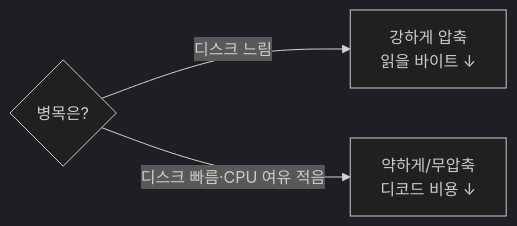
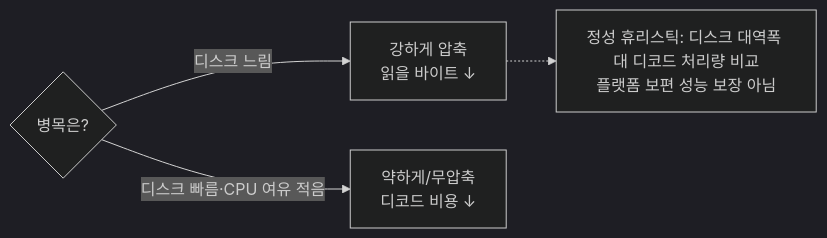
One commit to Rein-ArXiv/game-dev-curriculum changed the fifth of 5 diagrams in engine/part05_resource.md. Above: the diagram before and after it, drawn with Mermaid (dark theme). The commit also changed other lines of this file and 279 other files, not shown here.

````diff
--- a/engine/part05_resource.md
+++ b/engine/part05_resource.md
@@ -505,5 +536,5 @@
 ```mermaid
 flowchart LR
-    A{병목은?} -->|디스크 느림| B[강하게 압축<br/>읽을 바이트 ↓]
+    A{병목은?} -->|디스크 느림| B[강하게 압축<br/>읽을 바이트 ↓]; B -.-> CompNote[정성 휴리스틱: 디스크 대역폭 대 디코드 처리량 비교<br/>플랫폼 보편 성능 보장 아님]
     A -->|디스크 빠름·CPU 여유 적음| C[약하게/무압축<br/>디코드 비용 ↓]
 ```
````
